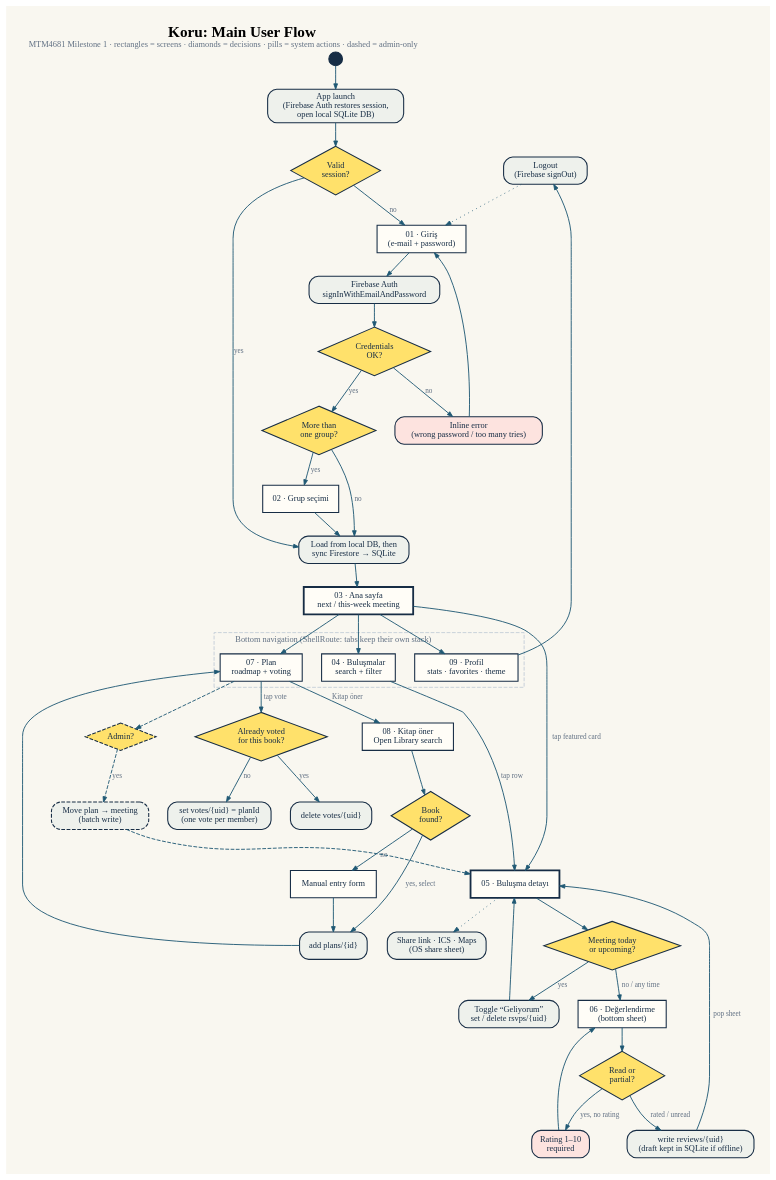
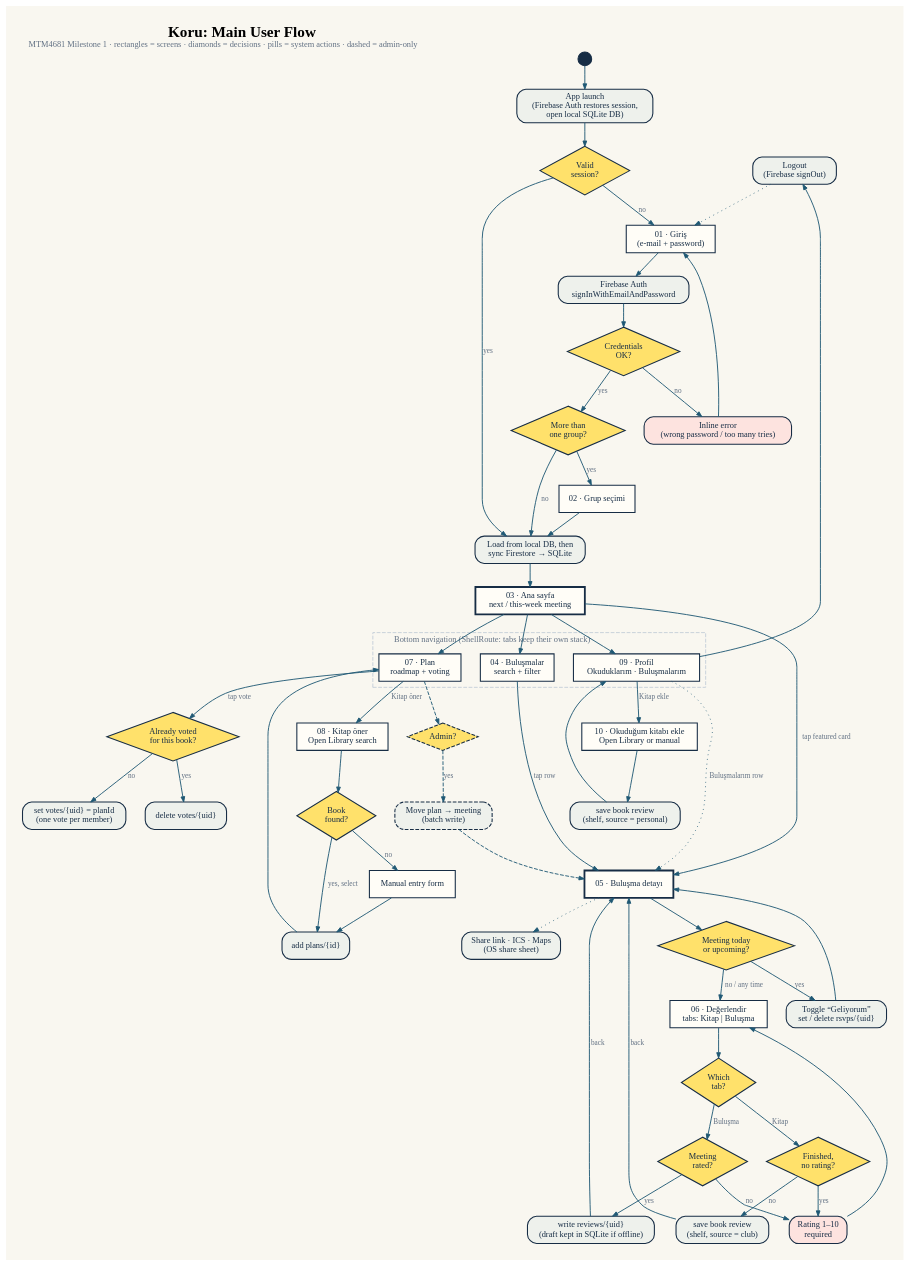
The diagram in docs/src/userflow.dot (muhammetkeremaydin/koru-mobile-app), drawn with Graphviz before and after one commit. The commit also changed 5 other files, not shown here.

Commit message:
docs: update report, architecture and user flow for separate reviews

```diff
--- a/docs/src/userflow.dot
+++ b/docs/src/userflow.dot
@@ -1,85 +1,98 @@
 digraph userflow {
   graph [rankdir=TB, bgcolor="#f9f7f0", fontname="Bricolage Grotesque", nodesep=0.35, ranksep=0.42, pad=0.3,
          label=<<FONT POINT-SIZE="20"><B>Koru: Main User Flow</B></FONT><BR/><FONT POINT-SIZE="11" COLOR="#617083">MTM4681 Milestone 1 · rectangles = screens · diamonds = decisions · pills = system actions · dashed = admin-only</FONT>>,
          labelloc=t, labeljust=l];
   node [fontname="Literata", fontsize=11, color="#172d45", fontcolor="#172d45", penwidth=1.4];
   edge [fontname="Literata", fontsize=9.5, color="#1f5874", fontcolor="#617083", arrowsize=0.7, penwidth=1.2];
 
   start  [shape=circle, label="", width=0.25, style=filled, fillcolor="#172d45"];
   launch [shape=box, style="rounded,filled", fillcolor="#eef1ec", label="App launch\n(Firebase Auth restores session,\nopen local SQLite DB)"];
   dSess  [shape=diamond, style=filled, fillcolor="#ffe16b", label="Valid\nsession?"];
   login  [shape=box, style=filled, fillcolor="#fffdf7", label="01 · Giriş\n(e-mail + password)"];
   apiLogin [shape=box, style="rounded,filled", fillcolor="#eef1ec", label="Firebase Auth\nsignInWithEmailAndPassword"];
   dOk    [shape=diamond, style=filled, fillcolor="#ffe16b", label="Credentials\nOK?"];
   err    [shape=box, style="rounded,filled", fillcolor="#fde3df", label="Inline error\n(wrong password / too many tries)"];
   dGroups[shape=diamond, style=filled, fillcolor="#ffe16b", label="More than\none group?"];
   group  [shape=box, style=filled, fillcolor="#fffdf7", label="02 · Grup seçimi"];
   load   [shape=box, style="rounded,filled", fillcolor="#eef1ec", label="Load from local DB, then\nsync Firestore → SQLite"];
   home   [shape=box, style=filled, fillcolor="#fffdf7", penwidth=2.4, label="03 · Ana sayfa\nnext / this-week meeting"];
 
   subgraph cluster_tabs {
     label="Bottom navigation (ShellRoute: tabs keep their own stack)"; fontname="Bricolage Grotesque"; fontsize=11;
     style="dashed"; color="#b9c7d4"; fontcolor="#617083";
     archive [shape=box, style=filled, fillcolor="#fffdf7", label="04 · Buluşmalar\nsearch + filter"];
     plan    [shape=box, style=filled, fillcolor="#fffdf7", label="07 · Plan\nroadmap + voting"];
-    profile [shape=box, style=filled, fillcolor="#fffdf7", label="09 · Profil\nstats · favorites · theme"];
+    profile [shape=box, style=filled, fillcolor="#fffdf7", label="09 · Profil\nOkuduklarım · Buluşmalarım"];
   }
 
   meeting [shape=box, style=filled, fillcolor="#fffdf7", penwidth=2.4, label="05 · Buluşma detayı"];
   dFuture [shape=diamond, style=filled, fillcolor="#ffe16b", label="Meeting today\nor upcoming?"];
   rsvp    [shape=box, style="rounded,filled", fillcolor="#eef1ec", label="Toggle “Geliyorum”\nset / delete rsvps/{uid}"];
-  review  [shape=box, style=filled, fillcolor="#fffdf7", label="06 · Değerlendirme\n(bottom sheet)"];
-  dStatus [shape=diamond, style=filled, fillcolor="#ffe16b", label="Read or\npartial?"];
+  review  [shape=box, style=filled, fillcolor="#fffdf7", label="06 · Değerlendir\ntabs: Kitap | Buluşma"];
+  dTab    [shape=diamond, style=filled, fillcolor="#ffe16b", label="Which\ntab?"];
+  dStatus [shape=diamond, style=filled, fillcolor="#ffe16b", label="Finished,\nno rating?"];
+  dMeet   [shape=diamond, style=filled, fillcolor="#ffe16b", label="Meeting\nrated?"];
   needRate[shape=box, style="rounded,filled", fillcolor="#fde3df", label="Rating 1–10\nrequired"];
+  saveBook[shape=box, style="rounded,filled", fillcolor="#eef1ec", label="save book review\n(shelf, source = club)"];
   save    [shape=box, style="rounded,filled", fillcolor="#eef1ec", label="write reviews/{uid}\n(draft kept in SQLite if offline)"];
+  personal[shape=box, style=filled, fillcolor="#fffdf7", label="10 · Okuduğum kitabı ekle\nOpen Library or manual"];
+  savePers[shape=box, style="rounded,filled", fillcolor="#eef1ec", label="save book review\n(shelf, source = personal)"];
   share   [shape=box, style="rounded,filled", fillcolor="#eef1ec", label="Share link · ICS · Maps\n(OS share sheet)"];
 
   dVote   [shape=diamond, style=filled, fillcolor="#ffe16b", label="Already voted\nfor this book?"];
   vote    [shape=box, style="rounded,filled", fillcolor="#eef1ec", label="set votes/{uid} = planId\n(one vote per member)"];
   unvote  [shape=box, style="rounded,filled", fillcolor="#eef1ec", label="delete votes/{uid}"];
   addbook [shape=box, style=filled, fillcolor="#fffdf7", label="08 · Kitap öner\nOpen Library search"];
   dFound  [shape=diamond, style=filled, fillcolor="#ffe16b", label="Book\nfound?"];
   manual  [shape=box, style=filled, fillcolor="#fffdf7", label="Manual entry form"];
   createPlan [shape=box, style="rounded,filled", fillcolor="#eef1ec", label="add plans/{id}"];
   dAdmin  [shape=diamond, style="filled,dashed", fillcolor="#ffe16b", label="Admin?"];
   toMeeting [shape=box, style="rounded,filled,dashed", fillcolor="#eef1ec", label="Move plan → meeting\n(batch write)"];
 
   logout  [shape=box, style="rounded,filled", fillcolor="#eef1ec", label="Logout\n(Firebase signOut)"];
 
   start -> launch -> dSess;
   dSess -> login [label="no"];
   dSess -> load  [label="yes"];
   login -> apiLogin -> dOk;
   dOk -> err [label="no"]; err -> login;
   dOk -> dGroups [label="yes"];
   dGroups -> group [label="yes"]; group -> load;
   dGroups -> load [label="no"];
   load -> home;
 
   home -> meeting [label="tap featured card"];
   home -> archive; home -> plan; home -> profile;
   archive -> meeting [label="tap row"];
 
   meeting -> dFuture;
   dFuture -> rsvp [label="yes"];
   dFuture -> review [label="no / any time"];
   meeting -> share [style=dotted];
-  review -> dStatus;
-  dStatus -> needRate [label="yes, no rating"]; needRate -> review;
-  dStatus -> save [label="rated / unread"];
-  save -> meeting [label="pop sheet"];
+  review -> dTab;
+  dTab -> dStatus [label="Kitap"];
+  dTab -> dMeet [label="Buluşma"];
+  dStatus -> needRate [label="yes"]; needRate -> review;
+  dMeet -> needRate [label="no"];
+  dStatus -> saveBook [label="no"];
+  dMeet -> save [label="yes"];
+  saveBook -> meeting [label="back"];
+  save -> meeting [label="back"];
   rsvp -> meeting;
 
   plan -> dVote [label="tap vote"];
   dVote -> unvote [label="yes"]; dVote -> vote [label="no"];
   plan -> addbook [label="Kitap öner"];
   addbook -> dFound;
   dFound -> createPlan [label="yes, select"];
   dFound -> manual [label="no"]; manual -> createPlan;
   createPlan -> plan;
   plan -> dAdmin [style=dashed];
   dAdmin -> toMeeting [label="yes", style=dashed];
   toMeeting -> meeting [style=dashed];
 
+  profile -> personal [label="Kitap ekle"];
+  personal -> savePers -> profile;
+  profile -> meeting [label="Buluşmalarım row", style=dotted];
   profile -> logout; logout -> login [style=dotted];
 }
```
